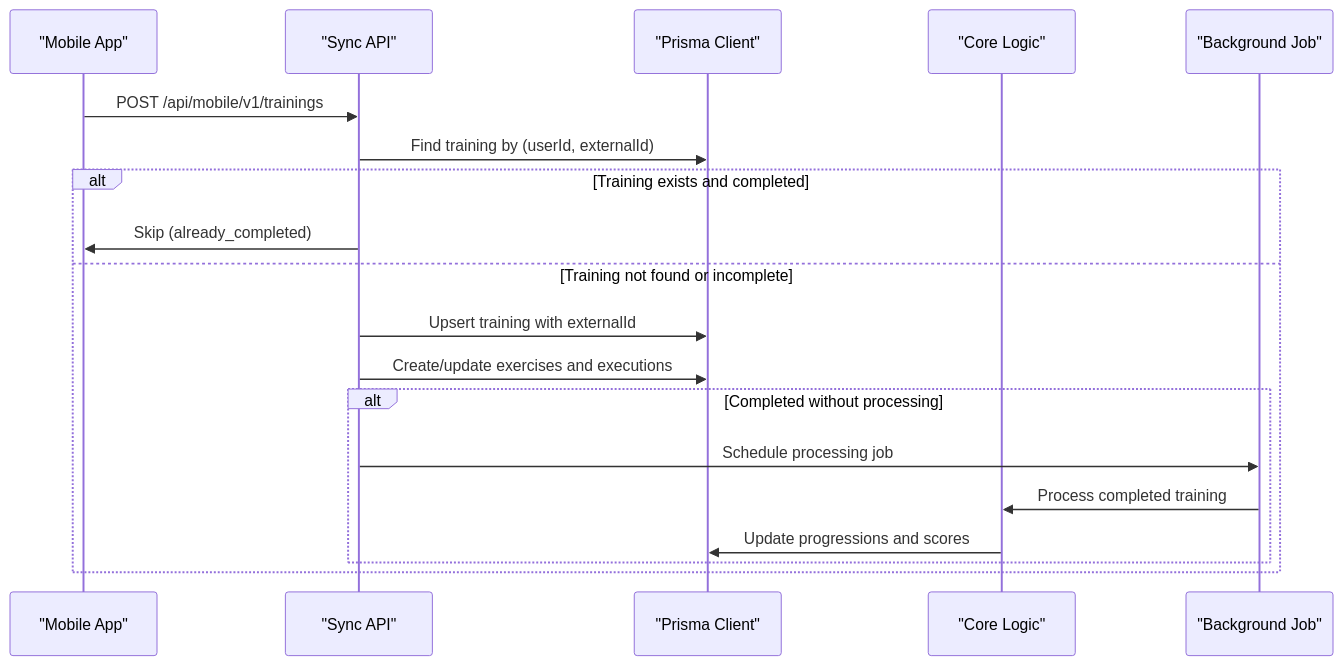
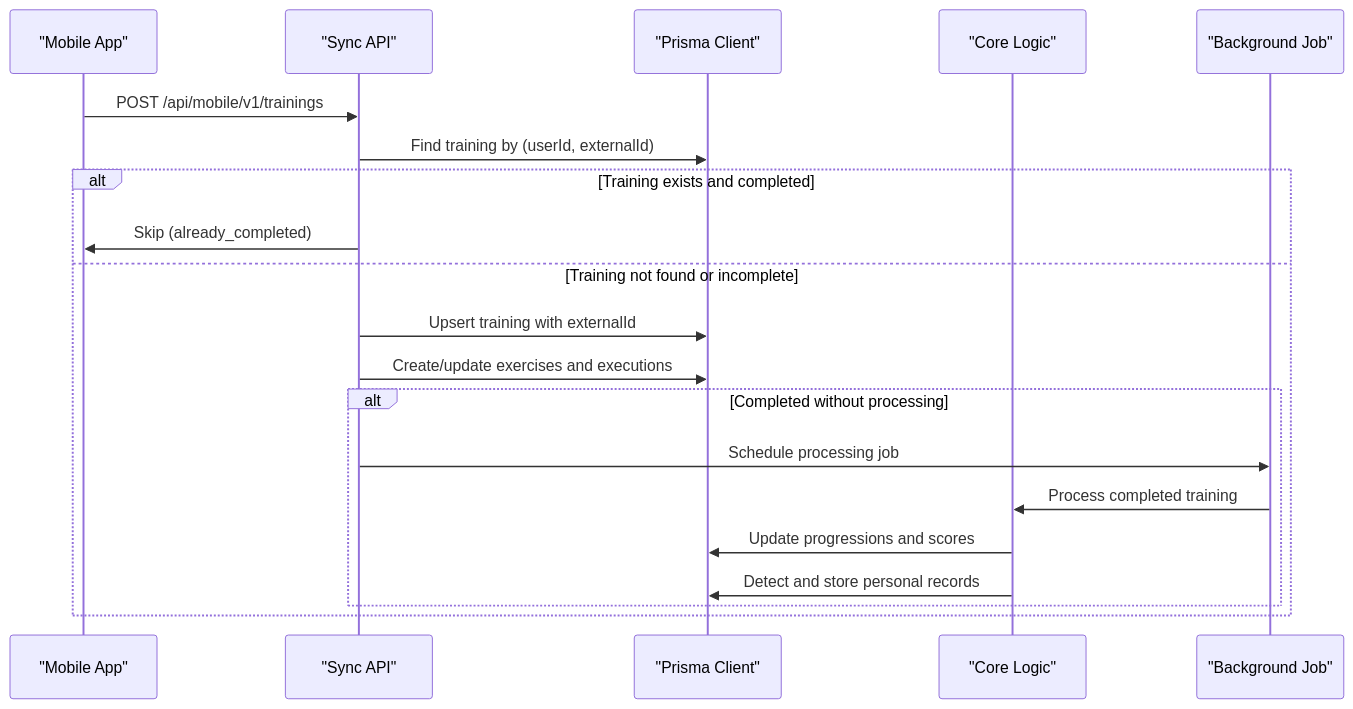
Before and after one commit to Dezzpil/meingym: the third of 8 diagrams in .qoder/repowiki/en/content/Data Model/Data Model.md, drawn with Mermaid. The commit also changed other lines of this file and 12 other files, not shown here.

````diff
--- a/.qoder/repowiki/en/content/Data Model/Data Model.md
+++ b/.qoder/repowiki/en/content/Data Model/Data Model.md
@@ -481,21 +541,22 @@
 ```mermaid
 sequenceDiagram
 participant Mobile as "Mobile App"
 participant API as "Sync API"
 participant DB as "Prisma Client"
 participant CORE as "Core Logic"
 participant JOB as "Background Job"
 Mobile->>API : POST /api/mobile/v1/trainings
 API->>DB : Find training by (userId, externalId)
 alt Training exists and completed
 API->>Mobile : Skip (already_completed)
 else Training not found or incomplete
 API->>DB : Upsert training with externalId
 API->>DB : Create/update exercises and executions
 alt Completed without processing
 API->>JOB : Schedule processing job
 JOB->>CORE : Process completed training
 CORE->>DB : Update progressions and scores
+CORE->>DB : Detect and store personal records
 end
 end
 ```
````
